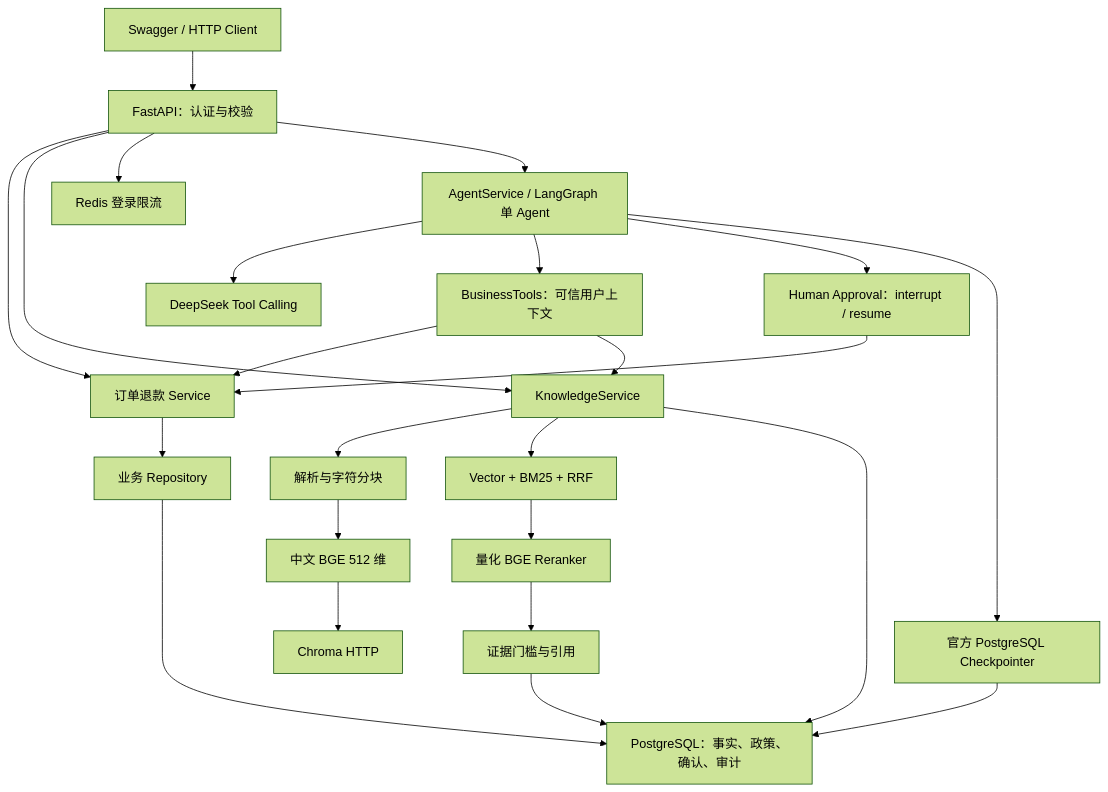
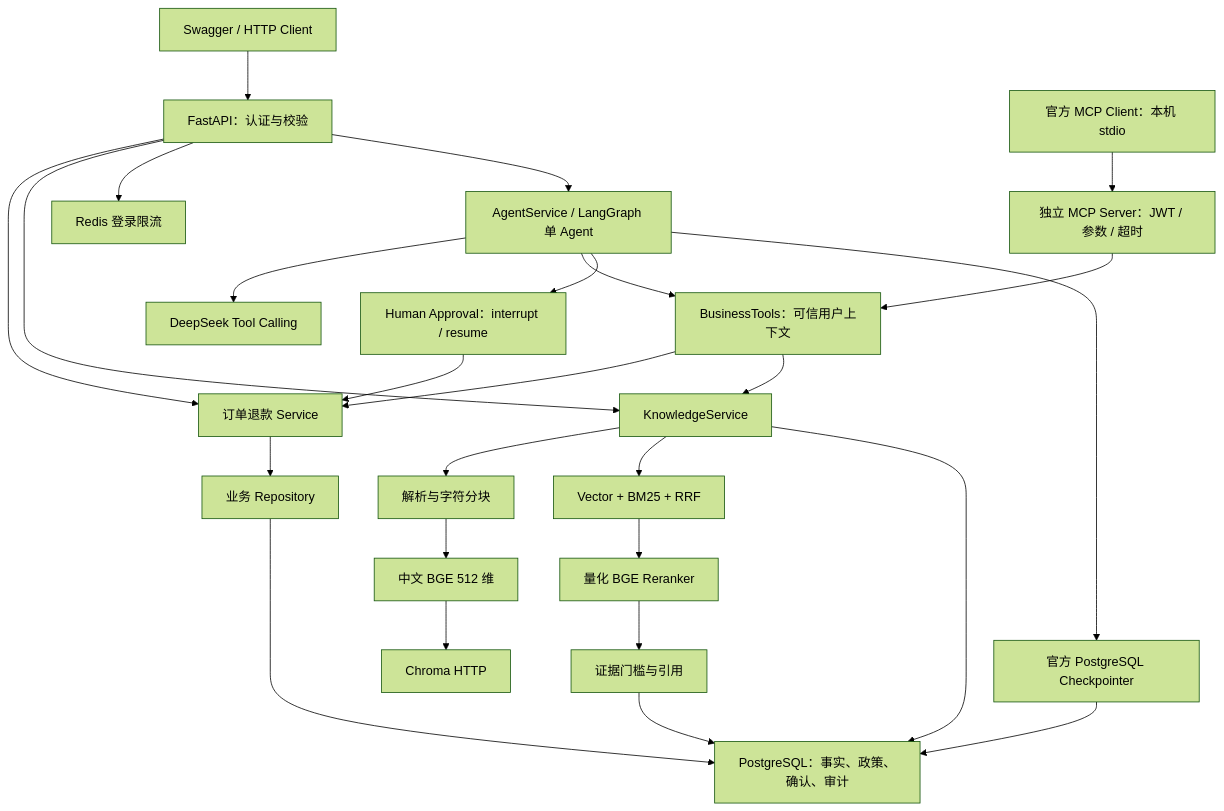
One commit to zjhwwwl/EnterpriseAgent changed the diagram in README.md. Above: the diagram before and after it, drawn with Mermaid (forest theme). The commit also changed other lines of this file and 35 other files, not shown here.

Commit message:
feat: add authenticated read-only MCP server and client (phase 5)

````diff
--- a/README.md
+++ b/README.md
@@ -26,27 +27,29 @@
 ```mermaid
 flowchart TD
     CLIENT["Swagger / HTTP Client"] --> API["FastAPI：认证与校验"]
     API --> BIZ["订单退款 Service"]
     BIZ --> REPO["业务 Repository"]
     REPO --> PG["PostgreSQL：事实、政策、确认、审计"]
 
     API --> KB["KnowledgeService"]
     KB --> PARSE["解析与字符分块"]
     PARSE --> EMBED["中文 BGE 512 维"]
     EMBED --> CHROMA["Chroma HTTP"]
     KB --> HYBRID["Vector + BM25 + RRF"]
     HYBRID --> RERANK["量化 BGE Reranker"]
     RERANK --> EVIDENCE["证据门槛与引用"]
     EVIDENCE --> PG
     KB --> PG
     API --> REDIS["Redis 登录限流"]
     API --> AGENT["AgentService / LangGraph 单 Agent"]
     AGENT --> LLM["DeepSeek Tool Calling"]
     AGENT --> TOOLS["BusinessTools：可信用户上下文"]
     TOOLS --> BIZ
     TOOLS --> KB
     AGENT --> APPROVAL["Human Approval：interrupt / resume"]
     APPROVAL --> BIZ
     AGENT --> CHECKPOINT["官方 PostgreSQL Checkpointer"]
     CHECKPOINT --> PG
+    MCPCLIENT["官方 MCP Client：本机 stdio"] --> MCP["独立 MCP Server：JWT / 参数 / 超时"]
+    MCP --> TOOLS
 ```
````
